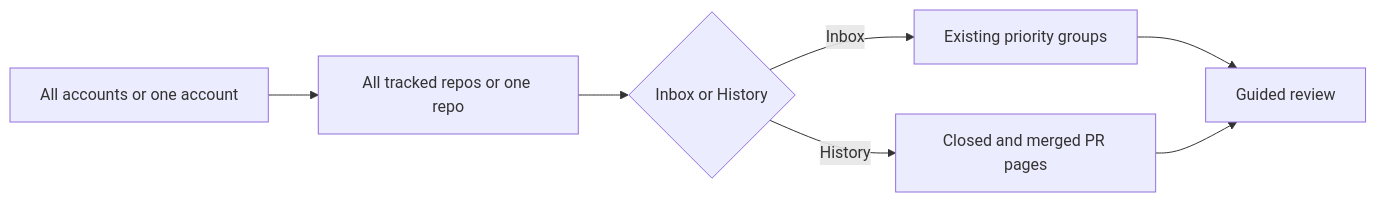
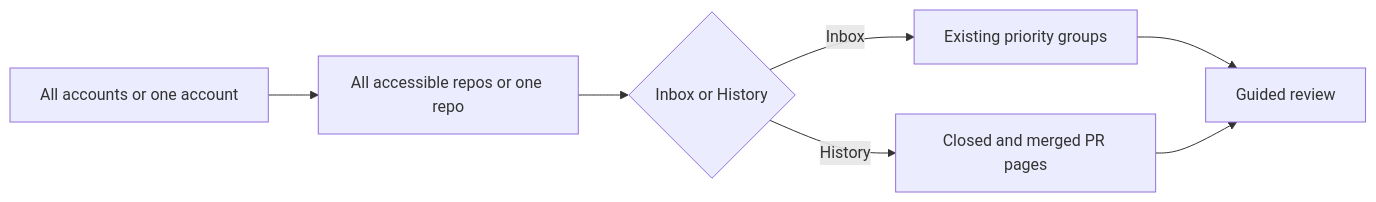
One commit to crs48/diffcity changed the fifth of 6 diagrams in docs/implementation.md. Above: the diagram before and after it, drawn with Mermaid. The commit also changed other lines of this file and 28 other files, not shown here.

First line of the commit message:
feat: discover all GitHub organizations, repos, and pull requests

````diff
--- a/docs/implementation.md
+++ b/docs/implementation.md
@@ -163,9 +163,9 @@
 ```mermaid
 flowchart LR
-  Rail[All accounts or one account] --> Repos[All tracked repos or one repo]
+  Rail[All accounts or one account] --> Repos[All accessible repos or one repo]
   Repos --> Scope{Inbox or History}
   Scope -->|Inbox| Priority[Existing priority groups]
   Scope -->|History| Pages[Closed and merged PR pages]
   Priority --> Review[Guided review]
   Pages --> Review
 ```
````
